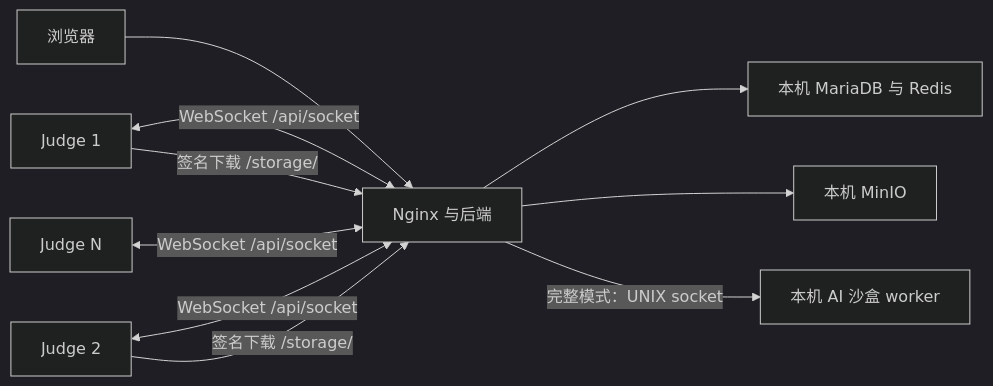
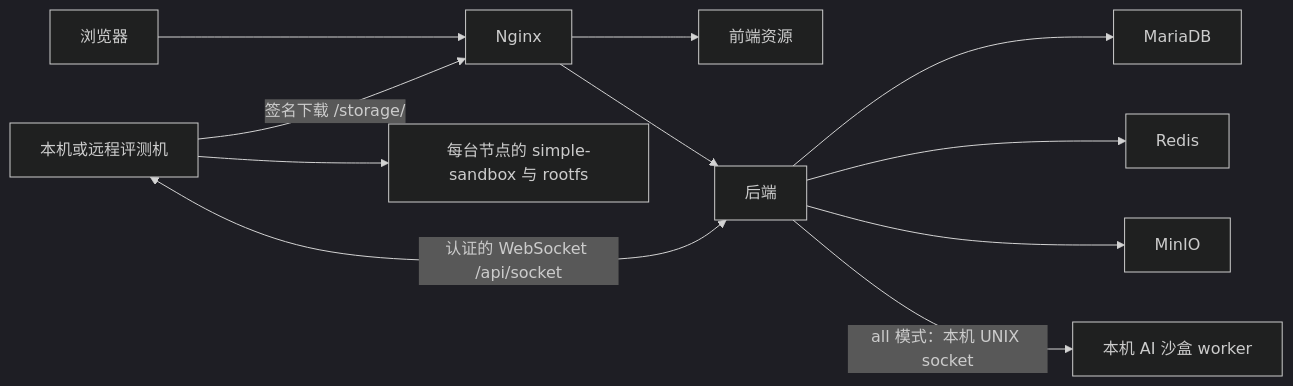
One commit to houyhlouis/LLMOJ changed the diagram in wiki/Distributed-Judging.zh-CN.md. Above: the diagram before and after it, drawn with Mermaid (dark theme). The commit also changed other lines of this file and 42 other files, not shown here.

````diff
--- a/wiki/Distributed-Judging.zh-CN.md
+++ b/wiki/Distributed-Judging.zh-CN.md
@@ -9,12 +9,13 @@
 ```mermaid
 flowchart LR
-    Users[浏览器] --> Web[Nginx 与后端]
-    Web --> DB[本机 MariaDB 与 Redis]
-    Web --> Store[本机 MinIO]
-    J1[Judge 1] <-->|WebSocket /api/socket| Web
-    J2[Judge 2] <-->|WebSocket /api/socket| Web
-    J3[Judge N] <-->|WebSocket /api/socket| Web
-    J1 -->|签名下载 /storage/| Web
-    J2 -->|签名下载 /storage/| Web
-    Web -->|完整模式：UNIX socket| LocalAI[本机 AI 沙盒 worker]
+    Browser[浏览器] --> Nginx[Nginx]
+    Nginx --> Frontend[前端资源]
+    Nginx --> Backend[后端]
+    Backend --> DB[MariaDB]
+    Backend --> Redis[Redis]
+    Backend --> MinIO[MinIO]
+    Judges[本机或远程评测机] <-->|认证的 WebSocket /api/socket| Backend
+    Judges --> Sandbox[每台节点的 simple-sandbox 与 rootfs]
+    Judges -->|签名下载 /storage/| Nginx
+    Backend -->|all 模式：本机 UNIX socket| AIWorker[本机 AI 沙盒 worker]
 ```
````
